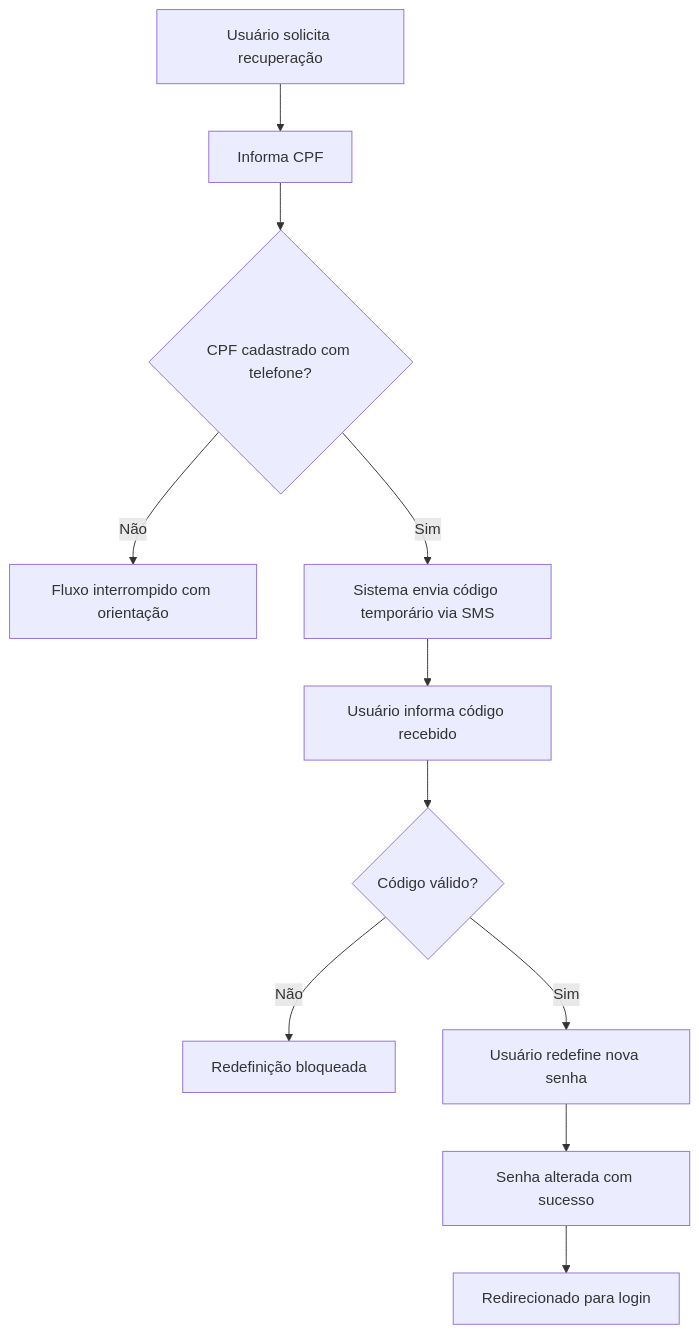
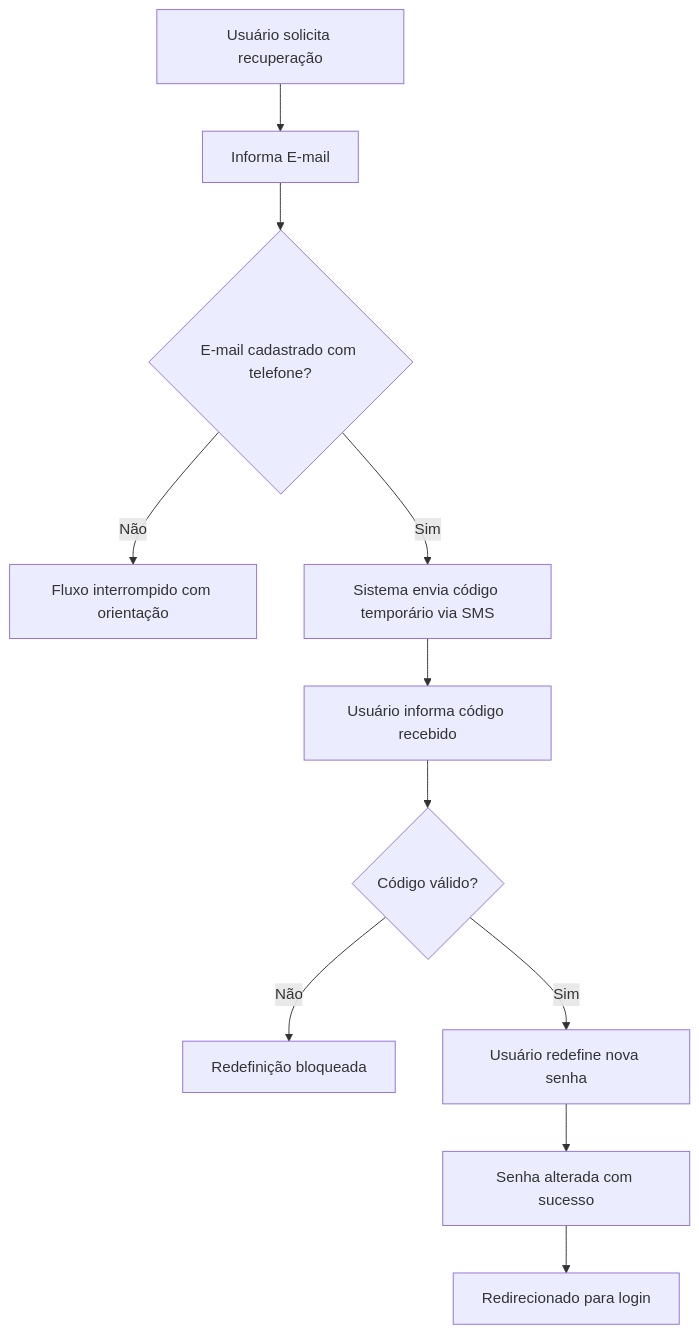
Before and after one commit to matheu5leone/karmaleoes-admin: the second of 4 diagrams in modules/AUTENTICACAO_LOGIN_CONTROLE_SESSAO/FLOWCHART.md, drawn with Mermaid. The commit also changed other lines of this file and 10 other files, not shown here.

First line of the commit message:
docs: orçamento, revisões de spec e roadmap de desenvolvimento do Admin

````diff
--- a/modules/AUTENTICACAO_LOGIN_CONTROLE_SESSAO/FLOWCHART.md
+++ b/modules/AUTENTICACAO_LOGIN_CONTROLE_SESSAO/FLOWCHART.md
@@ -34,13 +34,13 @@
 ```mermaid
 flowchart TD
-    A[Usuário solicita recuperação] --> B[Informa CPF]
-    B --> C{CPF cadastrado com telefone?}
+    A[Usuário solicita recuperação] --> B[Informa E-mail]
+    B --> C{E-mail cadastrado com telefone?}
     C -- Não --> D[Fluxo interrompido com orientação]
     C -- Sim --> E[Sistema envia código temporário via SMS]
     E --> F[Usuário informa código recebido]
     F --> G{Código válido?}
     G -- Não --> H[Redefinição bloqueada]
     G -- Sim --> I[Usuário redefine nova senha]
     I --> J[Senha alterada com sucesso]
     J --> K[Redirecionado para login]
 ```
````
